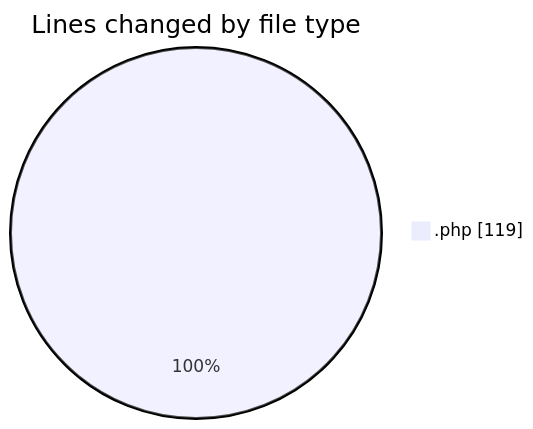
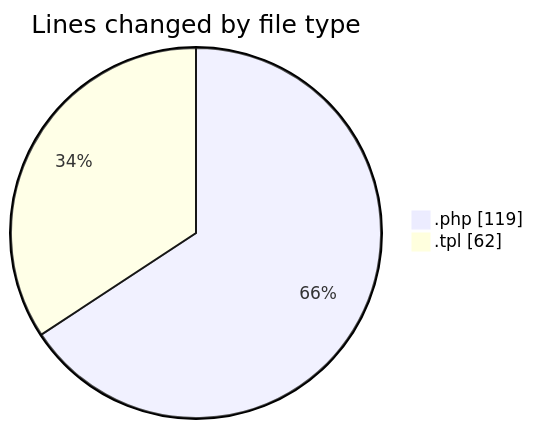
The first of 2 diagrams in 2025-12-22/shop/README.md (vahidmafi/code-tracking), drawn with Mermaid before and after one commit. The commit also changed other lines of this file and 1 other file, not shown here.

````diff
--- a/2025-12-22/shop/README.md
+++ b/2025-12-22/shop/README.md
@@ -21,5 +22,6 @@
 ```mermaid
 pie showData
 title Lines changed by file type
 ".php" : 119
+".tpl" : 62
 ```
````
